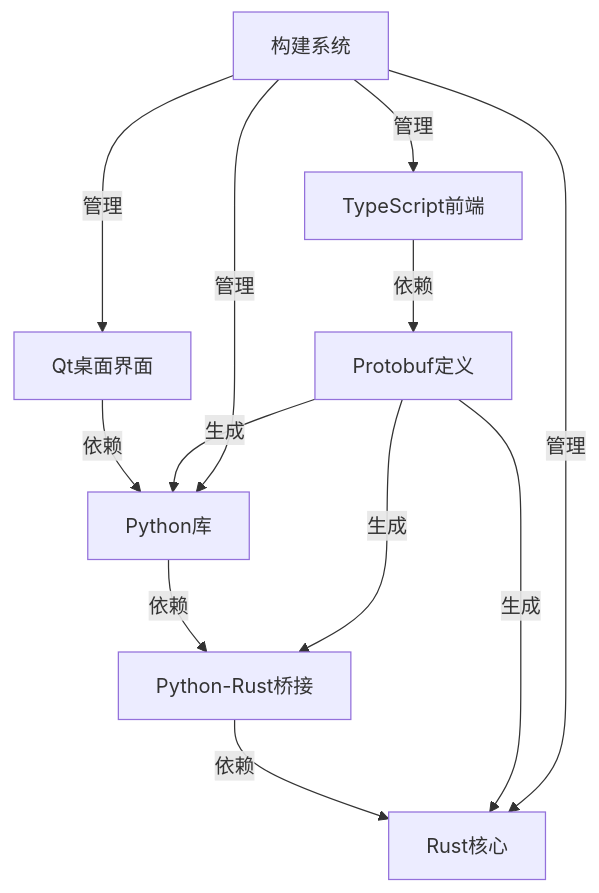
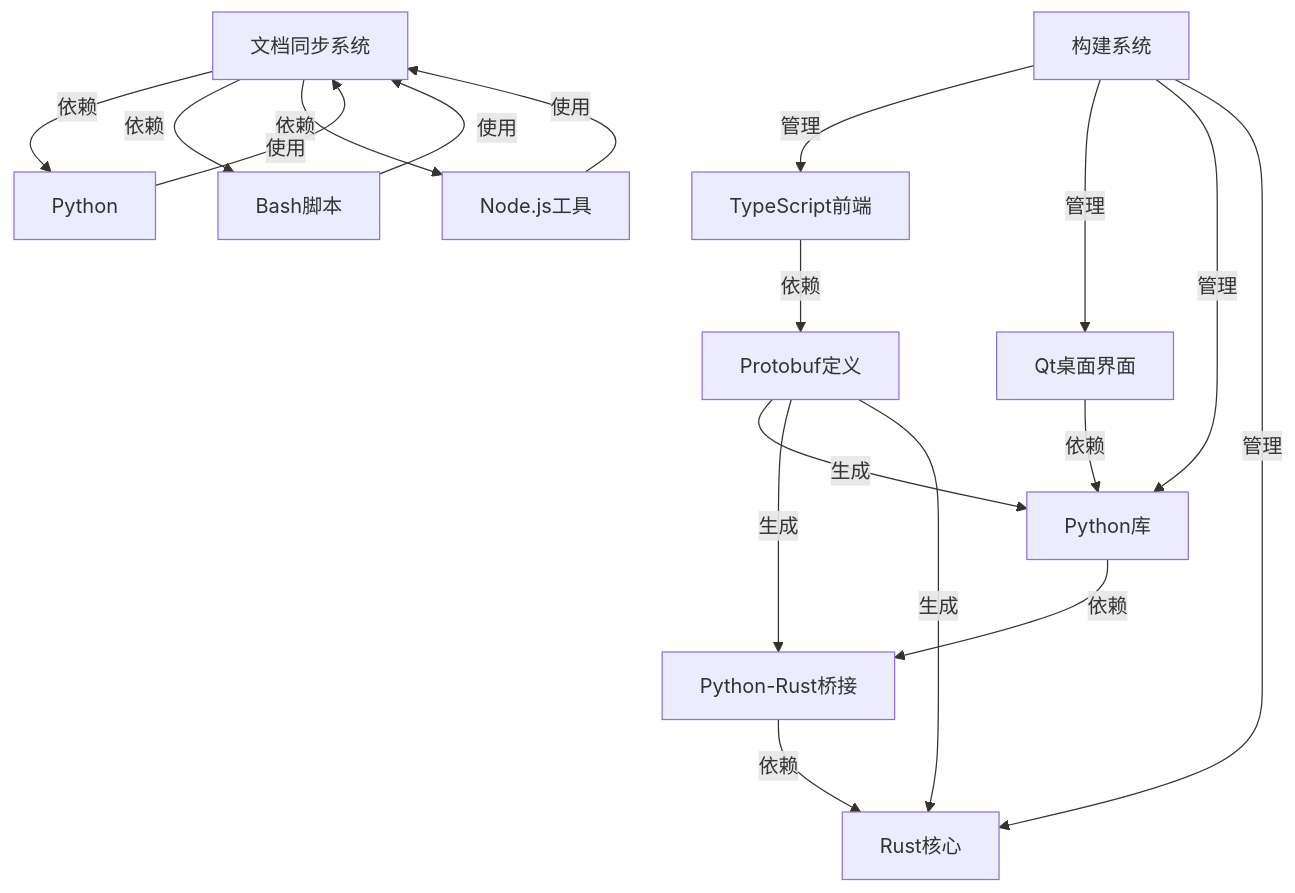
One commit to afanty2021/anki changed the seventh of 7 diagrams in .qoder/repowiki/zh/content/项目概述.md. Above: the diagram before and after it, drawn with Mermaid. The commit also changed other lines of this file and 6 other files, not shown here.

````diff
--- a/.qoder/repowiki/zh/content/项目概述.md
+++ b/.qoder/repowiki/zh/content/项目概述.md
@@ -168,14 +292,20 @@
 ```mermaid
 graph TD
 A[TypeScript前端] --> |依赖| B[Protobuf定义]
 C[Qt桌面界面] --> |依赖| D[Python库]
 D --> |依赖| E[Python-Rust桥接]
 E --> |依赖| F[Rust核心]
 B --> |生成| D
 B --> |生成| E
 B --> |生成| F
 G[构建系统] --> |管理| A
 G --> |管理| C
 G --> |管理| D
 G --> |管理| F
+H[文档同步系统] --> |依赖| I[Python]
+H --> |依赖| J[Bash脚本]
+H --> |依赖| K[Node.js工具]
+I --> |使用| H
+J --> |使用| H
+K --> |使用| H
 ```
````
